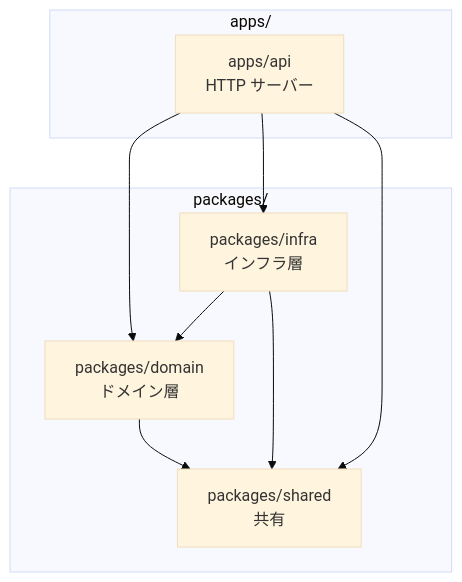
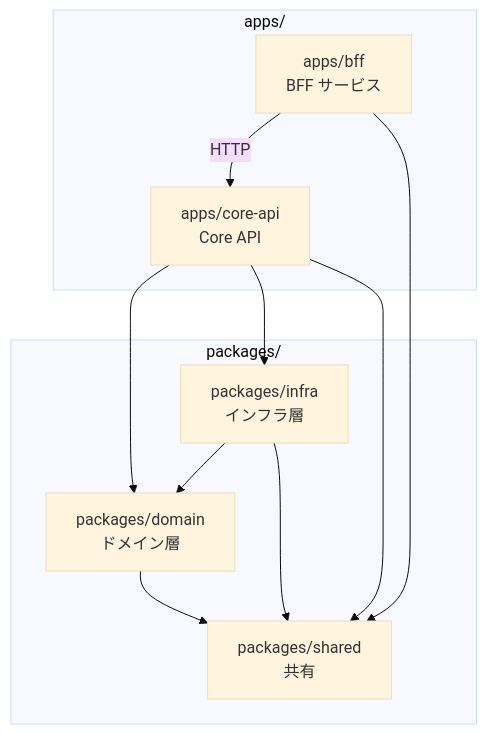
One commit to ka2kama/ringiflow changed the first of 4 diagrams in docs/05_技術ノート/Cargoワークスペース.md. Above: the diagram before and after it, drawn with Mermaid (base theme). The commit also changed other lines of this file and 33 other files, not shown here.

Commit message:
BFF/Core API 分離後のクリーンアップとドキュメント整備 (#28)

````diff
--- a/docs/05_技術ノート/Cargoワークスペース.md
+++ b/docs/05_技術ノート/Cargoワークスペース.md
@@ -61,21 +62,25 @@
 ```mermaid
 graph TB
     subgraph "apps/"
-        API["apps/api<br/>HTTP サーバー"]
+        BFF["apps/bff<br/>BFF サービス"]
+        CoreAPI["apps/core-api<br/>Core API"]
     end
 
     subgraph "packages/"
         Domain["packages/domain<br/>ドメイン層"]
         Infra["packages/infra<br/>インフラ層"]
         Shared["packages/shared<br/>共有"]
     end
 
-    API --> Domain
-    API --> Infra
-    API --> Shared
+    BFF -->|HTTP| CoreAPI
+    BFF --> Shared
+
+    CoreAPI --> Domain
+    CoreAPI --> Infra
+    CoreAPI --> Shared
 
     Infra --> Domain
     Infra --> Shared
 
     Domain --> Shared
 ```
````
